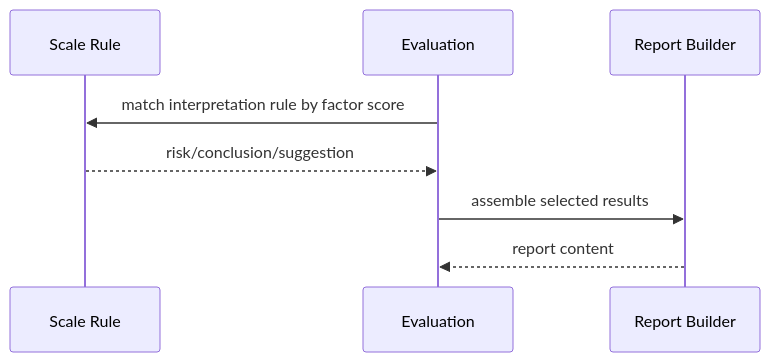
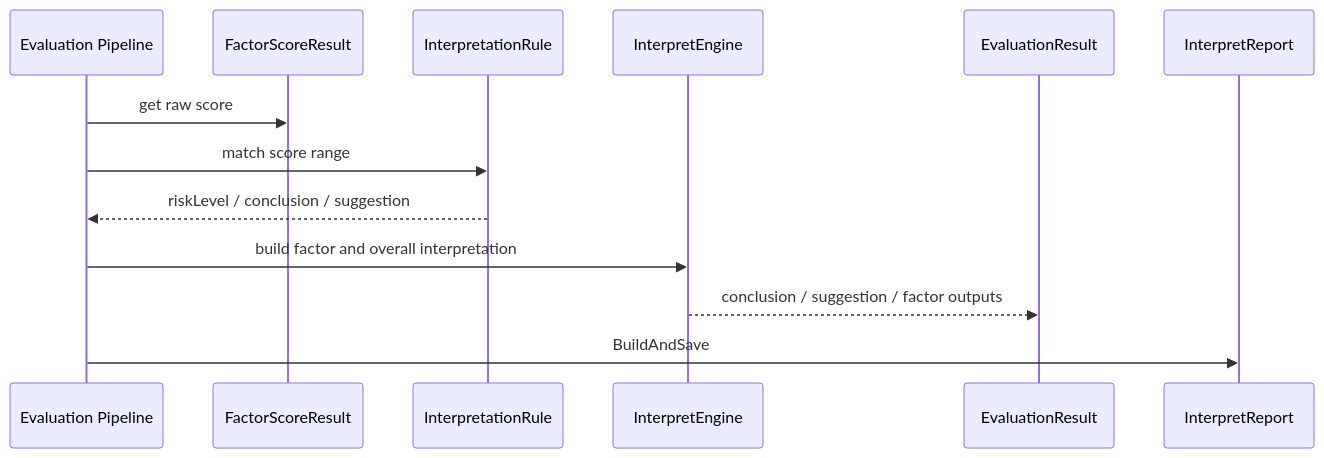
The second of 2 diagrams in docs/02-业务模块/scale/02-解读规则与风险文案.md (FangcunMount/qs-server), drawn with Mermaid before and after one commit. The commit also changed other lines of this file and 5 other files, not shown here.

````diff
--- a/docs/02-业务模块/scale/02-解读规则与风险文案.md
+++ b/docs/02-业务模块/scale/02-解读规则与风险文案.md
@@ -68,10 +158,16 @@
 ```mermaid
 sequenceDiagram
-    participant Scale as Scale Rule
-    participant Eval as Evaluation
-    participant Report as Report Builder
-    Eval->>Scale: match interpretation rule by factor score
-    Scale-->>Eval: risk/conclusion/suggestion
-    Eval->>Report: assemble selected results
-    Report-->>Eval: report content
+    participant Eval as Evaluation Pipeline
+    participant Factor as FactorScoreResult
+    participant Rule as InterpretationRule
+    participant Engine as InterpretEngine
+    participant Result as EvaluationResult
+    participant Report as InterpretReport
+
+    Eval->>Factor: get raw score
+    Eval->>Rule: match score range
+    Rule-->>Eval: riskLevel / conclusion / suggestion
+    Eval->>Engine: build factor and overall interpretation
+    Engine-->>Result: conclusion / suggestion / factor outputs
+    Eval->>Report: BuildAndSave
 ```
````
